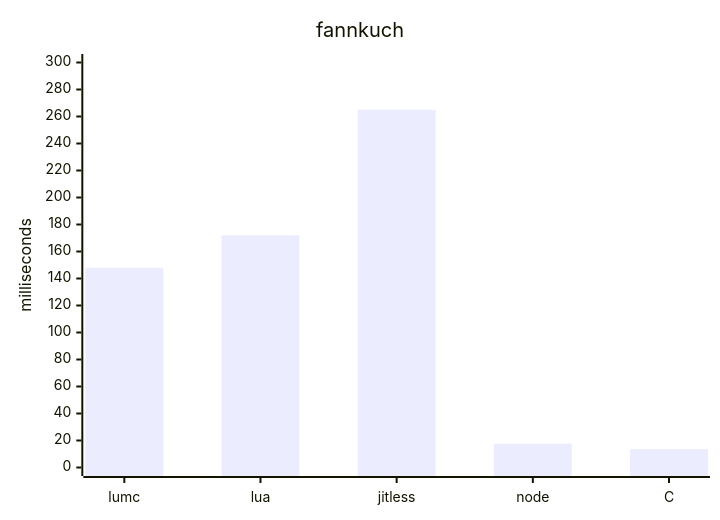
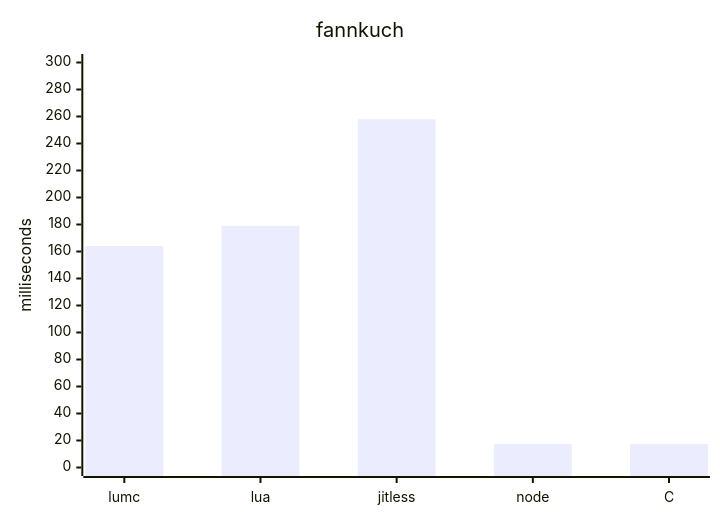
One commit to nem0/LumixEngine changed the third of 4 diagrams in external/lumscript/benchmarks/results.md. Above: the diagram before and after it, drawn with Mermaid. The commit also changed other lines of this file and 2 other files, not shown here.

````diff
--- a/external/lumscript/benchmarks/results.md
+++ b/external/lumscript/benchmarks/results.md
@@ -77,7 +77,7 @@
 ```mermaid
 xychart-beta
     title "fannkuch"
     x-axis [lumc, lua, jitless, node, C]
     y-axis "milliseconds" 0 --> 300
-    bar [148, 172, 265, 17.7, 13.6]
+    bar [164, 179, 258, 17.4, 17.5]
 ```
````
